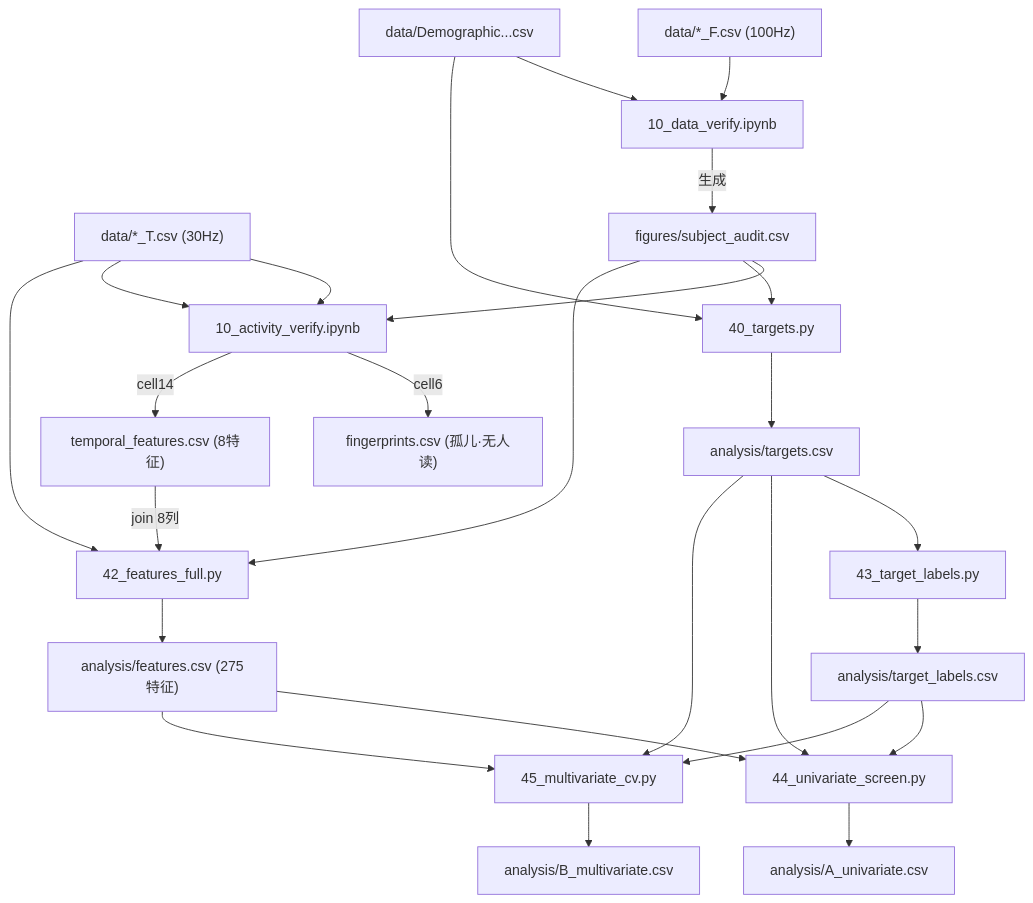
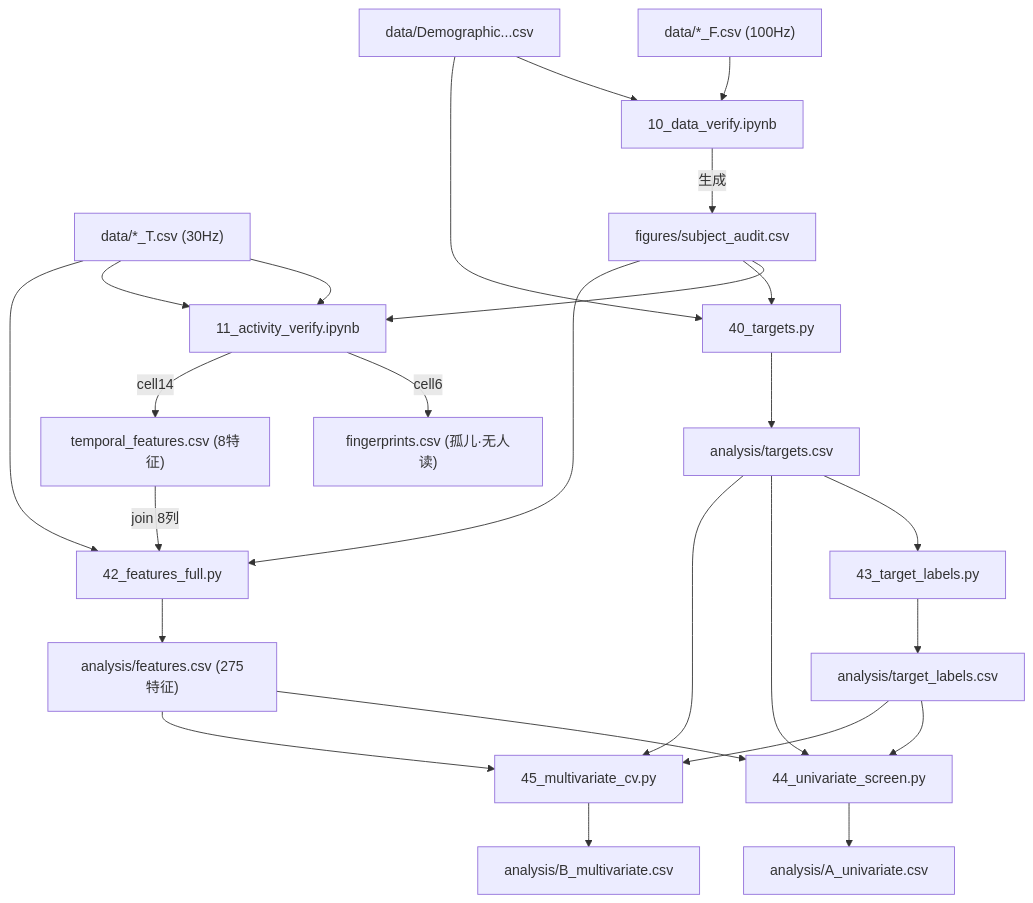
Before and after one commit to flyingfish27/adhd-segmentation: the diagram in INVENTORY.md, drawn with Mermaid. The commit also changed other lines of this file and 6 other files, not shown here.

````diff
--- a/INVENTORY.md
+++ b/INVENTORY.md
@@ -76,35 +76,35 @@
 ```mermaid
 graph TD
-  RAW["data/*_T.csv (30Hz)"] --> NB10A
+  RAW["data/*_T.csv (30Hz)"] --> NB11A
   RAWF["data/*_F.csv (100Hz)"] --> NB10D
   CLIN["data/Demographic...csv"] --> NB10D
   CLIN --> P40
 
   NB10D["10_data_verify.ipynb"] -->|生成| AUDIT["figures/subject_audit.csv"]
 
-  RAW --> NB10A["10_activity_verify.ipynb"]
-  AUDIT --> NB10A
-  NB10A -->|cell6| FP["fingerprints.csv (孤儿·无人读)"]
-  NB10A -->|cell14| TF["temporal_features.csv (8特征)"]
+  RAW --> NB11A["11_activity_verify.ipynb"]
+  AUDIT --> NB11A
+  NB11A -->|cell6| FP["fingerprints.csv (孤儿·无人读)"]
+  NB11A -->|cell14| TF["temporal_features.csv (8特征)"]
 
   AUDIT --> P40["40_targets.py"]
   P40 --> TGT["analysis/targets.csv"]
 
   RAW --> P42["42_features_full.py"]
   AUDIT --> P42
   TF -->|join 8列| P42
   P42 --> FEAT["analysis/features.csv (275特征)"]
 
   TGT --> P43["43_target_labels.py"]
   P43 --> LAB["analysis/target_labels.csv"]
 
   FEAT --> P44["44_univariate_screen.py"]
   TGT --> P44
   LAB --> P44
   P44 --> A["analysis/A_univariate.csv"]
 
   FEAT --> P45["45_multivariate_cv.py"]
   TGT --> P45
   LAB --> P45
   P45 --> B["analysis/B_multivariate.csv"]
 ```
````
